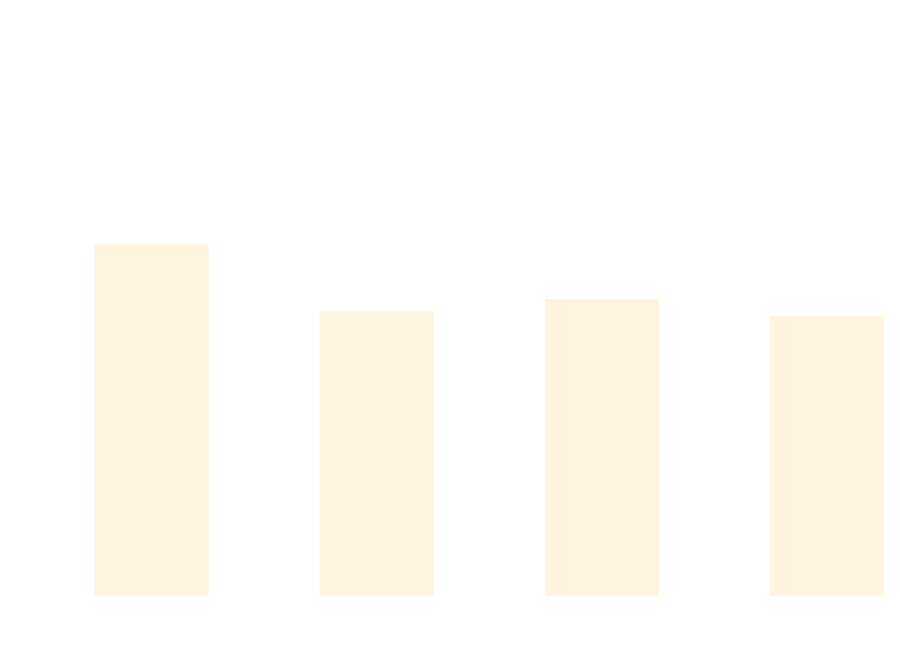
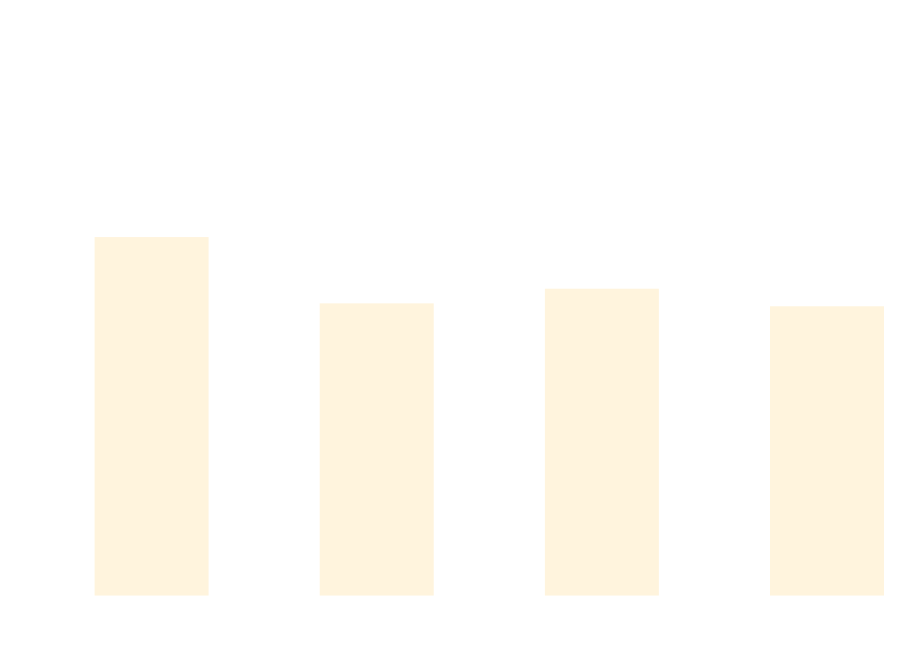
The diagram in docs/docs/benchmarks/BuildTime.md (thomhurst/TUnit), drawn with Mermaid before and after one commit. The commit also changed other lines of this file and 17 other files, not shown here.

````diff
--- a/docs/docs/benchmarks/BuildTime.md
+++ b/docs/docs/benchmarks/BuildTime.md
@@ -28,37 +28,37 @@
 ```mermaid
 %%{init: {
   'theme':'base',
   'themeVariables': {
     'primaryColor': '#2563eb',
     'primaryTextColor': '#ffffff',
     'primaryBorderColor': '#1e40af',
     'lineColor': '#6b7280',
     'secondaryColor': '#7c3aed',
     'tertiaryColor': '#dc2626',
     'background': '#ffffff',
     'mainBkg': '#2563eb',
     'secondBkg': '#7c3aed',
     'tertiaryBkg': '#dc2626',
     'clusterBkg': '#f3f4f6',
     'edgeLabelBackground': '#ffffff',
     'tertiaryTextColor': '#1f2937',
     'pie1': '#2563eb',
     'pie2': '#7c3aed',
     'pie3': '#dc2626',
     'pie4': '#f59e0b',
     'pie5': '#10b981',
     'pie6': '#06b6d4',
     'pie7': '#ec4899',
     'pie8': '#6366f1',
     'pie9': '#84cc16',
     'pie10': '#f97316',
     'pie11': '#14b8a6',
     'pie12': '#a855f7'
   }
 }}%%
 xychart-beta
   title "Build Time Comparison"
   x-axis ["Build_TUnit", "Build_NUnit", "Build_MSTest", "Build_xUnit3"]
   y-axis "Time (s)" 0 --> 3
-  bar [2.003, 1.612, 1.681, 1.585]
+  bar [2.046, 1.657, 1.743, 1.64]
 ```
````
